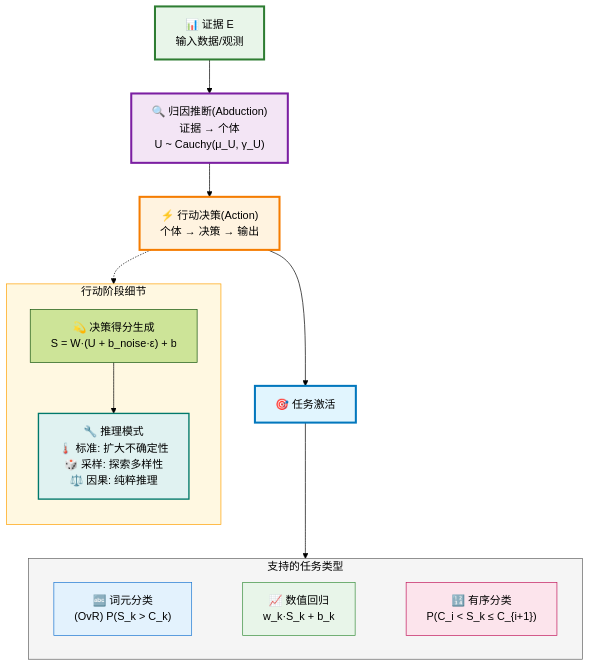
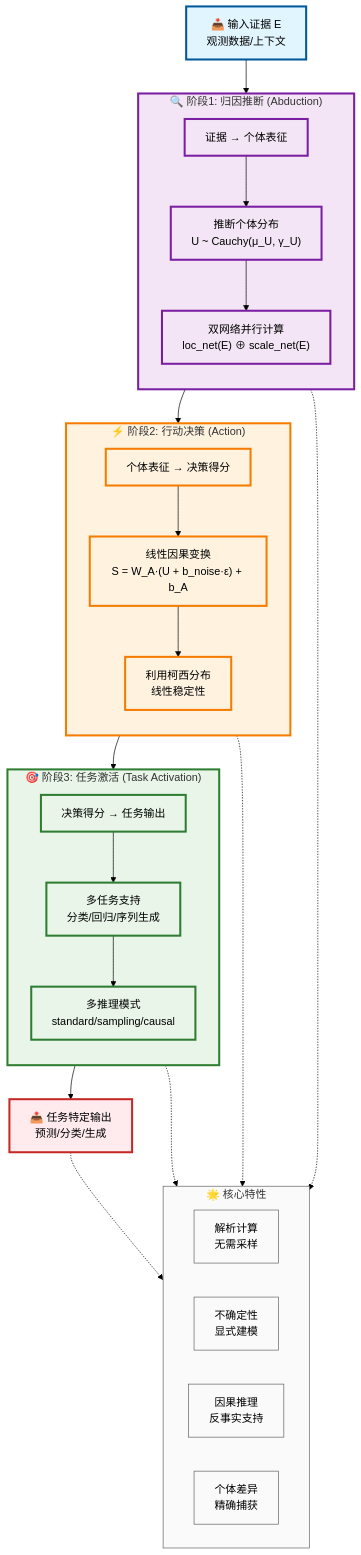
One commit to 1587causalai/CausalQwen changed the third of 10 diagrams in causal_engine/MATHEMATICAL_FOUNDATIONS_CN.md. Above: the diagram before and after it, drawn with Mermaid (forest theme). The commit also changed other lines of this file and 7 other files, not shown here.

````diff
--- a/causal_engine/MATHEMATICAL_FOUNDATIONS_CN.md
+++ b/causal_engine/MATHEMATICAL_FOUNDATIONS_CN.md
@@ -36,43 +118,62 @@
 ```mermaid
 graph TB
-    %% 简洁版本：CausalEngine 两阶段架构
+    Input["📥 输入证据 E<br/>观测数据/上下文"]
     
-    Evidence["📊 证据 E<br/>输入数据/观测"]
-    
-    Evidence --> Stage1["🔍 归因推断(Abduction)<br/>证据 → 个体<br/>U ~ Cauchy(μ_U, γ_U)"]
-    
-    Stage1 --> Stage2["⚡ 行动决策(Action)<br/>个体 → 决策 → 输出"]
-    
-    subgraph Stage2_Detail ["行动阶段细节"]
+    subgraph Stage1["🔍 阶段1: 归因推断 (Abduction)"]
         direction TB
-        Modes["🔧 推理模式<br/>🌡️ 标准: 扩大不确定性<br/>🎲 采样: 探索多样性<br/>⚖️ 因果: 纯粹推理"]
-        Step2_1["💫 决策得分生成<br/>S = W·(U + b_noise·ε) + b"]
-        Step2_1 --> Modes
+        S1_Title["证据 → 个体表征"]
+        S1_Process["推断个体分布<br/>U ~ Cauchy(μ_U, γ_U)"]
+        S1_Networks["双网络并行计算<br/>loc_net(E) ⊕ scale_net(E)"]
+        S1_Title --> S1_Process --> S1_Networks
     end
     
-    Stage2 -.-> Stage2_Detail
-    
-    Stage2 --> MultiTask["🎯 任务激活"]
-    
-    subgraph Tasks ["支持的任务类型"]
-        direction LR
-        Token["🔤 词元分类<br/>(OvR) P(S_k > C_k)"] ~~~ Numeric["📈 数值回归<br/>w_k·S_k + b_k"] ~~~ Discrete["🔢 有序分类<br/>P(C_i < S_k ≤ C_{i+1})"]
+    subgraph Stage2["⚡ 阶段2: 行动决策 (Action)"]
+        direction TB
+        S2_Title["个体表征 → 决策得分"]
+        S2_Process["线性因果变换<br/>S = W_A·(U + b_noise·ε) + b_A"]
+        S2_Properties["利用柯西分布<br/>线性稳定性"]
+        S2_Title --> S2_Process --> S2_Properties
     end
     
-    MultiTask --> Tasks
+    subgraph Stage3["🎯 阶段3: 任务激活 (Task Activation)"]
+        direction TB
+        S3_Title["决策得分 → 任务输出"]
+        S3_Tasks["多任务支持<br/>分类/回归/序列生成"]
+        S3_Modes["多推理模式<br/>standard/sampling/causal"]
+        S3_Title --> S3_Tasks --> S3_Modes
+    end
     
-
+    Input --> Stage1 --> Stage2 --> Stage3
     
-    %% 样式
-    style Evidence fill:#e8f5e9,stroke:#2e7d32,stroke-width:3px,color:#000
-    style Stage1 fill:#f3e5f5,stroke:#7b1fa2,stroke-width:3px,color:#000
-    style Stage2 fill:#fff3e0,stroke:#f57c00,stroke-width:3px,color:#000
-    style Stage2_Detail fill:#fff8e1,stroke:#ffa000,stroke-width:1px,color:#000
-    style MultiTask fill:#e1f5fe,stroke:#0277bd,stroke-width:3px,color:#000
-    style Tasks fill:#f5f5f5,stroke:#616161,stroke-width:1px,color:#000
-    style Modes fill:#e0f2f1,stroke:#00796b,stroke-width:2px,color:#000
+    Output["📤 任务特定输出<br/>预测/分类/生成"]
+    Stage3 --> Output
     
-    style Token fill:#e3f2fd,stroke:#1976d2,color:#000
-    style Numeric fill:#e8f5e9,stroke:#388e3c,color:#000
-    style Discrete fill:#fce4ec,stroke:#c2185b,color:#000
+    %% 核心特性标注
+    subgraph Features["🌟 核心特性"]
+        direction LR
+        F1["解析计算<br/>无需采样"]
+        F2["不确定性<br/>显式建模"]
+        F3["因果推理<br/>反事实支持"]
+        F4["个体差异<br/>精确捕获"]
+    end
+    
+    Stage1 -.-> F4
+    Stage2 -.-> F1
+    Stage3 -.-> F2
+    Output -.-> F3
+    
+    %% 样式定义
+    classDef inputStyle fill:#e1f5fe,stroke:#01579b,stroke-width:3px
+    classDef stage1Style fill:#f3e5f5,stroke:#7b1fa2,stroke-width:3px
+    classDef stage2Style fill:#fff3e0,stroke:#f57c00,stroke-width:3px
+    classDef stage3Style fill:#e8f5e8,stroke:#2e7d32,stroke-width:3px
+    classDef outputStyle fill:#ffebee,stroke:#c62828,stroke-width:3px
+    classDef featureStyle fill:#fafafa,stroke:#616161,stroke-width:1px
+    
+    class Input inputStyle
+    class Stage1,S1_Title,S1_Process,S1_Networks stage1Style
+    class Stage2,S2_Title,S2_Process,S2_Properties stage2Style
+    class Stage3,S3_Title,S3_Tasks,S3_Modes stage3Style
+    class Output outputStyle
+    class Features,F1,F2,F3,F4 featureStyle
 ```
````
